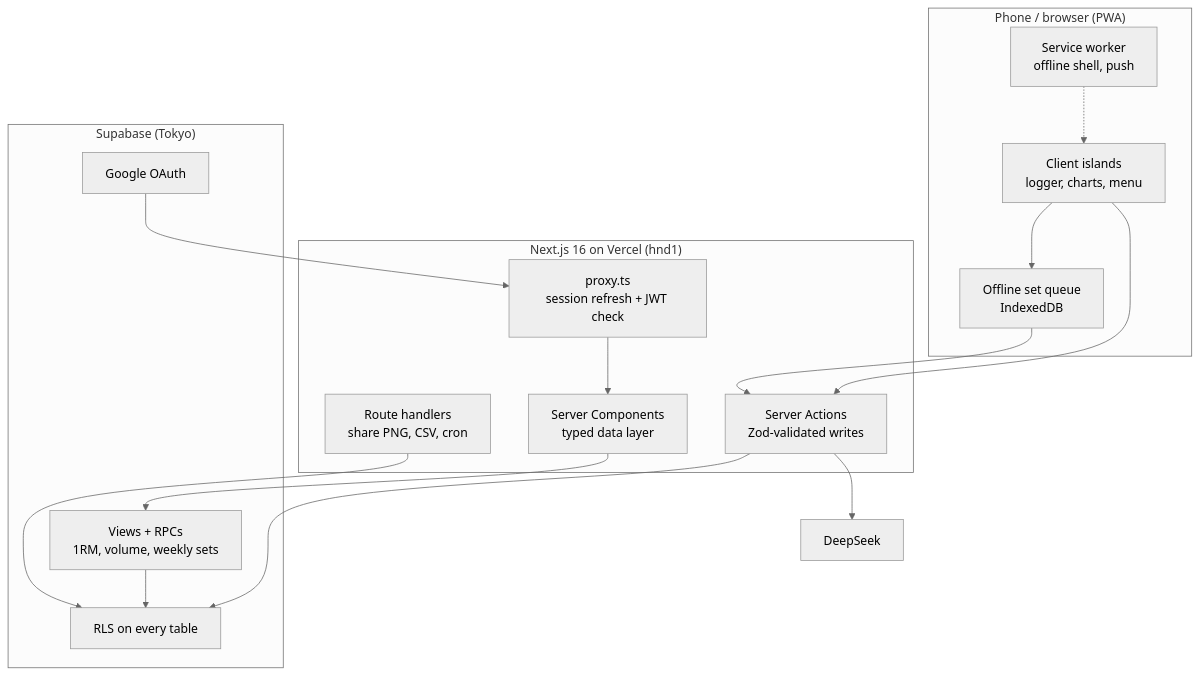
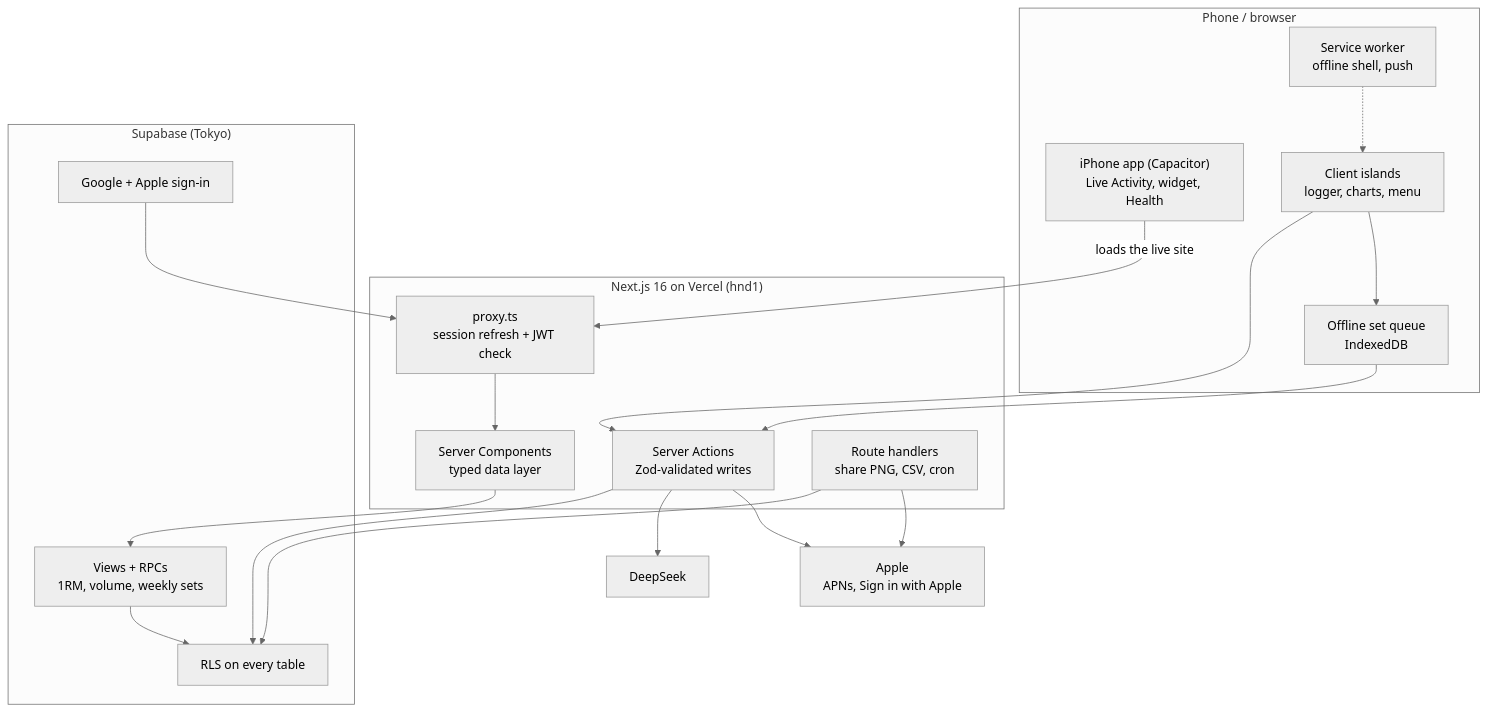
Before and after one commit to ckakkar/hellblazer: the diagram in README.md, drawn with Mermaid (neutral theme). The commit also changed other lines of this file and 7 other files, not shown here.

````diff
--- a/README.md
+++ b/README.md
@@ -198,35 +207,40 @@
 ```mermaid
 flowchart TD
-    subgraph Client["Phone / browser (PWA)"]
+    subgraph Client["Phone / browser"]
+        IOS["iPhone app (Capacitor)<br/>Live Activity, widget, Health"]
         SW["Service worker<br/>offline shell, push"]
         Q["Offline set queue<br/>IndexedDB"]
         UI["Client islands<br/>logger, charts, menu"]
     end
 
     subgraph Next["Next.js 16 on Vercel (hnd1)"]
         PX["proxy.ts<br/>session refresh + JWT check"]
         RSC["Server Components<br/>typed data layer"]
         SA["Server Actions<br/>Zod-validated writes"]
         API["Route handlers<br/>share PNG, CSV, cron"]
     end
 
     subgraph DB["Supabase (Tokyo)"]
         RLS["RLS on every table"]
         AGG["Views + RPCs<br/>1RM, volume, weekly sets"]
-        AUTH["Google OAuth"]
+        AUTH["Google + Apple sign-in"]
     end
 
     JUDGE["DeepSeek"]
+    APPLE["Apple<br/>APNs, Sign in with Apple"]
 
     UI --> SA
     UI --> Q
     Q --> SA
     SW -.-> UI
     PX --> RSC
     RSC --> AGG
     SA --> RLS
     AGG --> RLS
     API --> RLS
     AUTH --> PX
     SA --> JUDGE
+    IOS -->|loads the live site| PX
+    API --> APPLE
+    SA --> APPLE
 ```
````
